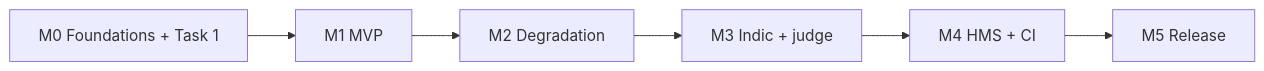
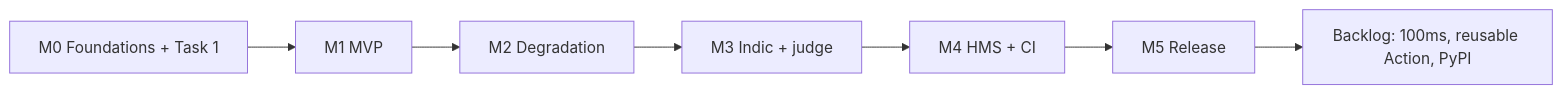
One commit to yatinannam/parakh changed the third of 3 diagrams in docs/kg/README.md. Above: the diagram before and after it, drawn with Mermaid. The commit also changed other lines of this file and 2 other files, not shown here.

Commit message:
docs(spec): resolve builder-check questions
- CI builds caller audio in-job into actions/cache; no public
  edge-tts audio (fixes contradiction with D9)
- M1 no longer waits on Calibrate run; human key steps in M0
- Devanagari transliteration moved into M1
- D3: mock hospital HMS in M4, 100ms adapter to backlog
- D12: portfolio-first audience, threshold exit codes in M4,
  reusable Action and PyPI to backlog

````diff
--- a/docs/kg/README.md
+++ b/docs/kg/README.md
@@ -80,4 +81,4 @@
 ```mermaid
 flowchart LR
-  m0[M0 Foundations + Task 1] --> m1[M1 MVP] --> m2[M2 Degradation] --> m3[M3 Indic + judge] --> m4[M4 HMS + CI] --> m5[M5 Release]
+  m0[M0 Foundations + Task 1] --> m1[M1 MVP] --> m2[M2 Degradation] --> m3[M3 Indic + judge] --> m4[M4 HMS + CI] --> m5[M5 Release] --> backlog[Backlog: 100ms, reusable Action, PyPI]
 ```
````
